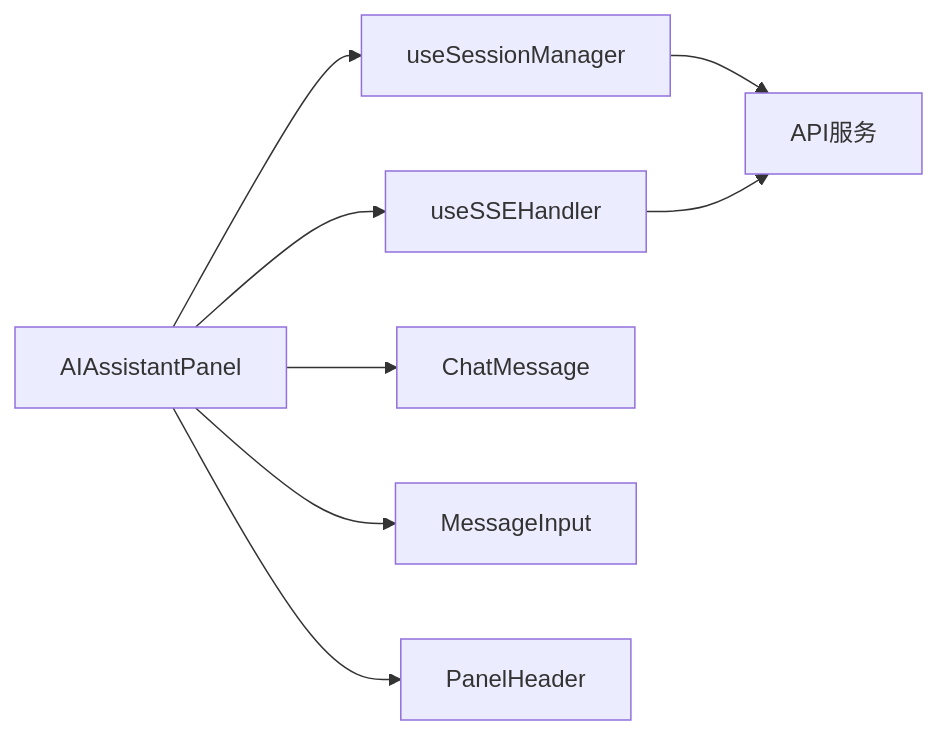
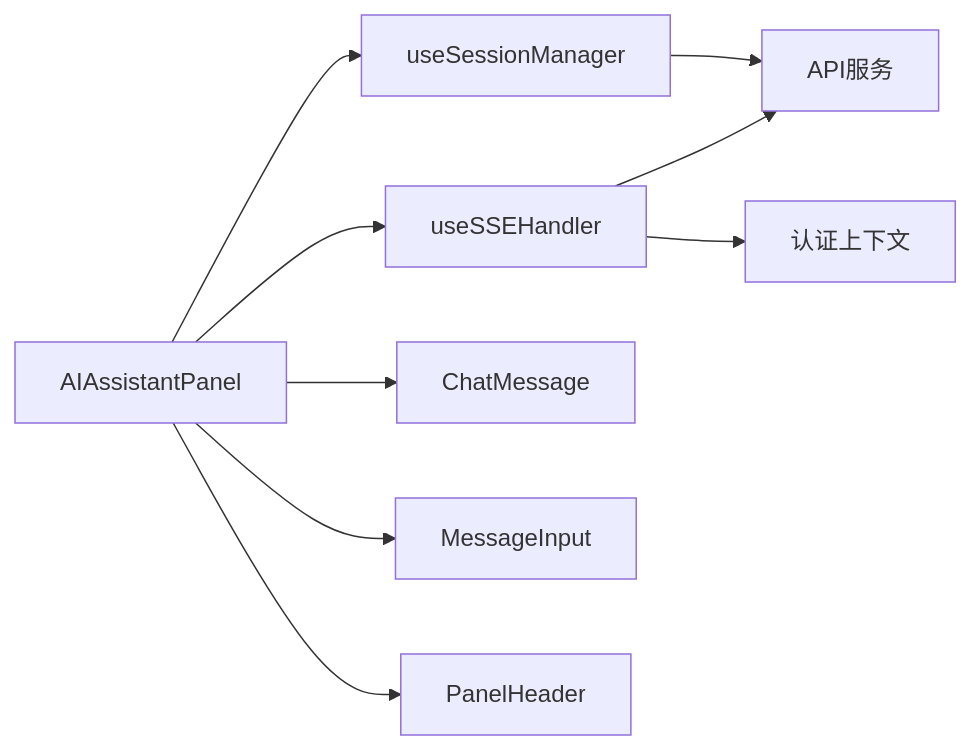
Before and after one commit to KunLabAI/KunFlix: diagram 11 of 18 in .qoder/repowiki/zh/content/前端开发指南/AI助手面板增强.md, drawn with Mermaid. The commit also changed other lines of this file and 27 other files, not shown here.

````diff
--- a/.qoder/repowiki/zh/content/前端开发指南/AI助手面板增强.md
+++ b/.qoder/repowiki/zh/content/前端开发指南/AI助手面板增强.md
@@ -539,16 +557,17 @@
 ```mermaid
 graph LR
 AIAssistantPanel[AIAssistantPanel]
 useSessionManager[useSessionManager]
 useSSEHandler[useSSEHandler]
 ChatMessage[ChatMessage]
 MessageInput[MessageInput]
 PanelHeader[PanelHeader]
 AIAssistantPanel --> useSessionManager
 AIAssistantPanel --> useSSEHandler
 AIAssistantPanel --> ChatMessage
 AIAssistantPanel --> MessageInput
 AIAssistantPanel --> PanelHeader
 useSessionManager --> API[API服务]
 useSSEHandler --> API
+useSSEHandler --> AuthContext[认证上下文]
 ```
````
